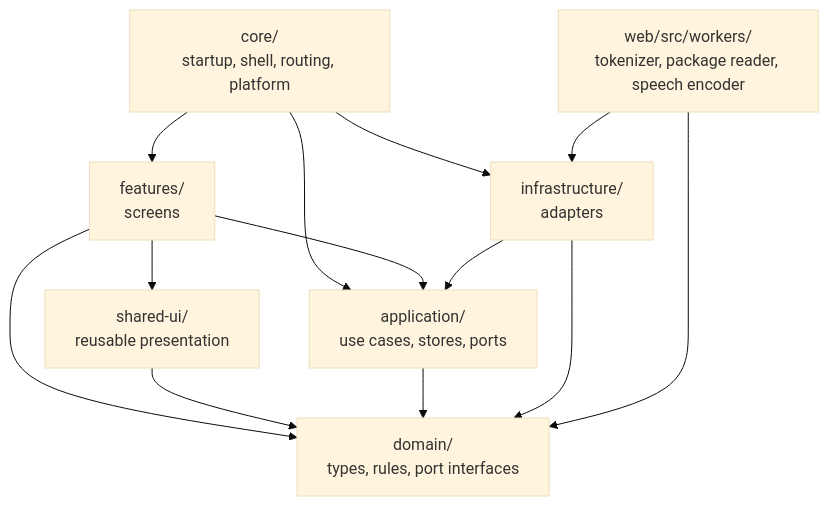
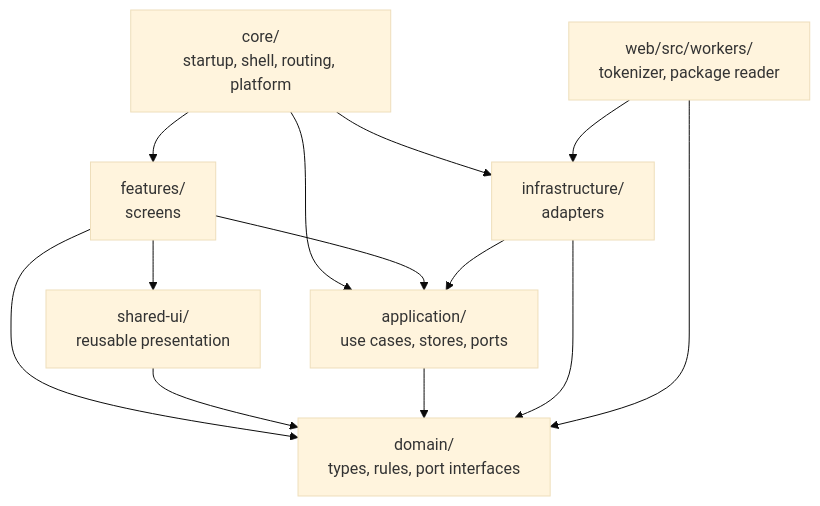
Before and after one commit to tobiaslrn/monosai: the first of 3 diagrams in docs/arc42/05-building-block-view.md, drawn with Mermaid (base theme). The commit also changed other lines of this file and 44 other files, not shown here.

````diff
--- a/docs/arc42/05-building-block-view.md
+++ b/docs/arc42/05-building-block-view.md
@@ -14,23 +14,23 @@
 ```mermaid
 flowchart TB
     core["core/<br/>startup, shell, routing, platform"]
     features["features/<br/>screens"]
     sharedui["shared-ui/<br/>reusable presentation"]
     application["application/<br/>use cases, stores, ports"]
     infrastructure["infrastructure/<br/>adapters"]
-    workers["web/src/workers/<br/>tokenizer, package reader, speech encoder"]
+    workers["web/src/workers/<br/>tokenizer, package reader"]
     domain["domain/<br/>types, rules, port interfaces"]
 
     core --> features
     core --> application
     core --> infrastructure
     features --> application
     features --> sharedui
     features --> domain
     sharedui --> domain
     application --> domain
     infrastructure --> application
     infrastructure --> domain
     workers --> infrastructure
     workers --> domain
 ```
````
